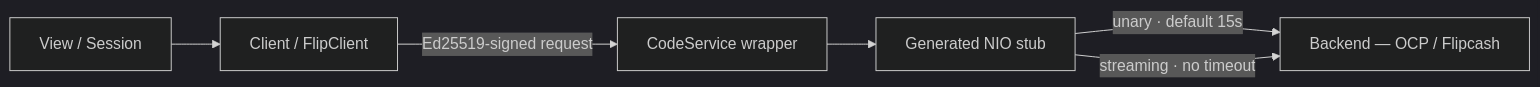
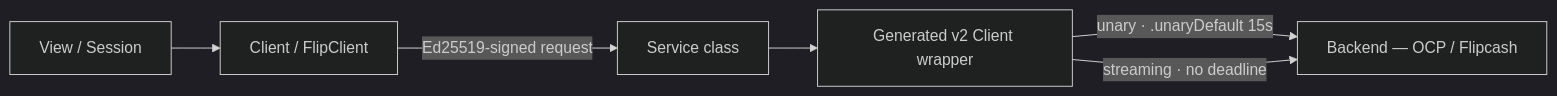
Before and after one commit to code-payments/code-ios-app: the diagram in docs/architecture/04-networking.md, drawn with Mermaid (dark theme). The commit also changed other lines of this file and 13 other files, not shown here.

````diff
--- a/docs/architecture/04-networking.md
+++ b/docs/architecture/04-networking.md
@@ -5,8 +5,8 @@
 ```mermaid
 graph LR
     UI["View / Session"] --> C["Client / FlipClient"]
-    C -->|Ed25519-signed request| Svc["CodeService wrapper"]
-    Svc --> Stub["Generated NIO stub"]
-    Stub -->|"unary · default 15s"| BE["Backend — OCP / Flipcash"]
-    Stub -->|"streaming · no timeout"| BE
+    C -->|Ed25519-signed request| Svc["Service class"]
+    Svc --> Stub["Generated v2 Client wrapper"]
+    Stub -->|"unary · .unaryDefault 15s"| BE["Backend — OCP / Flipcash"]
+    Stub -->|"streaming · no deadline"| BE
 ```
````
